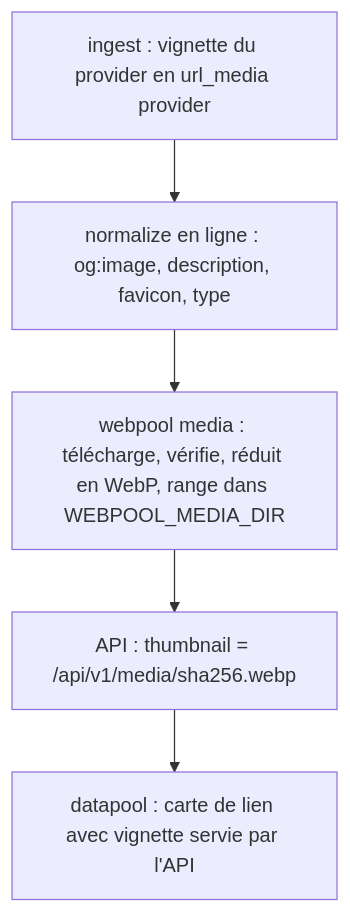
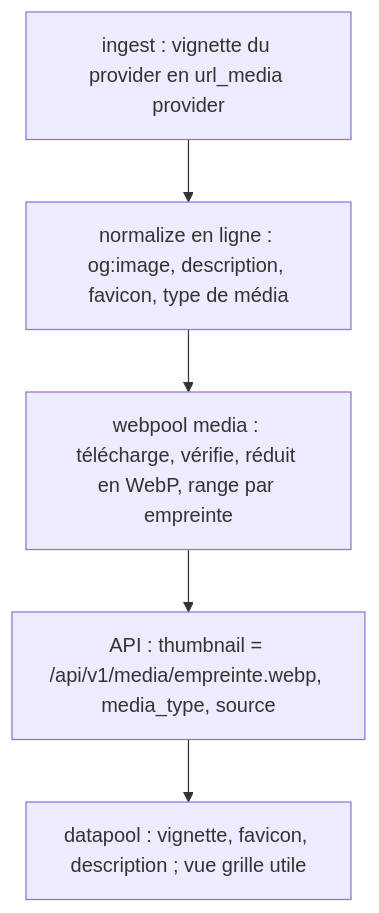
The diagram in aidd_docs/tasks/2026_10/2026_10_30_interface/phase-3.md (RebelliousSmile/datapool), drawn with Mermaid before and after one commit. The commit also changed other lines of this file and 1 other file, not shown here.

First line of the commit message:
Plan de la phase 3 révisé : migration 008, type de média et famille de source, sharp

````diff
--- a/aidd_docs/tasks/2026_10/2026_10_30_interface/phase-3.md
+++ b/aidd_docs/tasks/2026_10/2026_10_30_interface/phase-3.md
@@ -40,7 +47,7 @@
 ```mermaid
 flowchart TD
-  A[ingest : vignette du provider en url_media provider] --> B[normalize en ligne : og:image, description, favicon, type]
-  B --> C[webpool media : télécharge, vérifie, réduit en WebP, range dans WEBPOOL_MEDIA_DIR]
-  C --> D[API : thumbnail = /api/v1/media/sha256.webp]
-  D --> E[datapool : carte de lien avec vignette servie par l'API]
+  A[ingest : vignette du provider en url_media provider] --> B[normalize en ligne : og:image, description, favicon, type de média]
+  B --> C[webpool media : télécharge, vérifie, réduit en WebP, range par empreinte]
+  C --> D[API : thumbnail = /api/v1/media/empreinte.webp, media_type, source]
+  D --> E[datapool : vignette, favicon, description ; vue grille utile]
 ```
````
